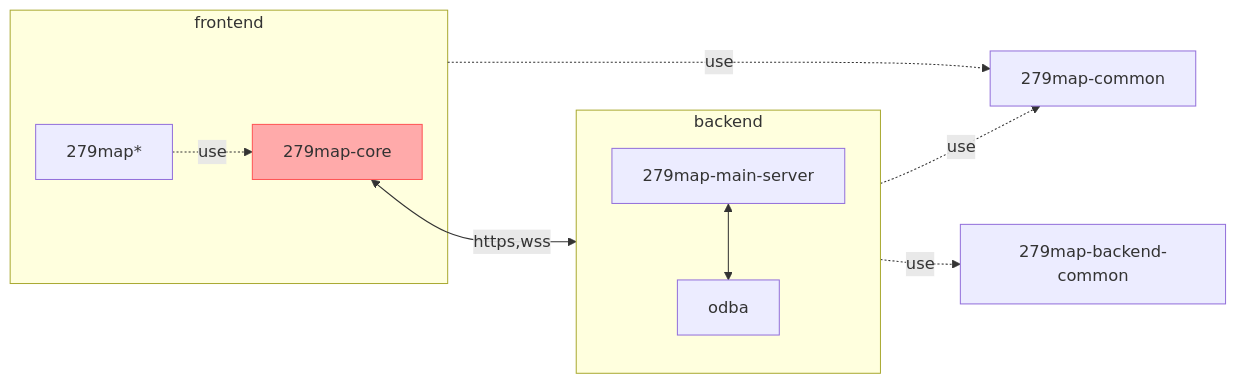
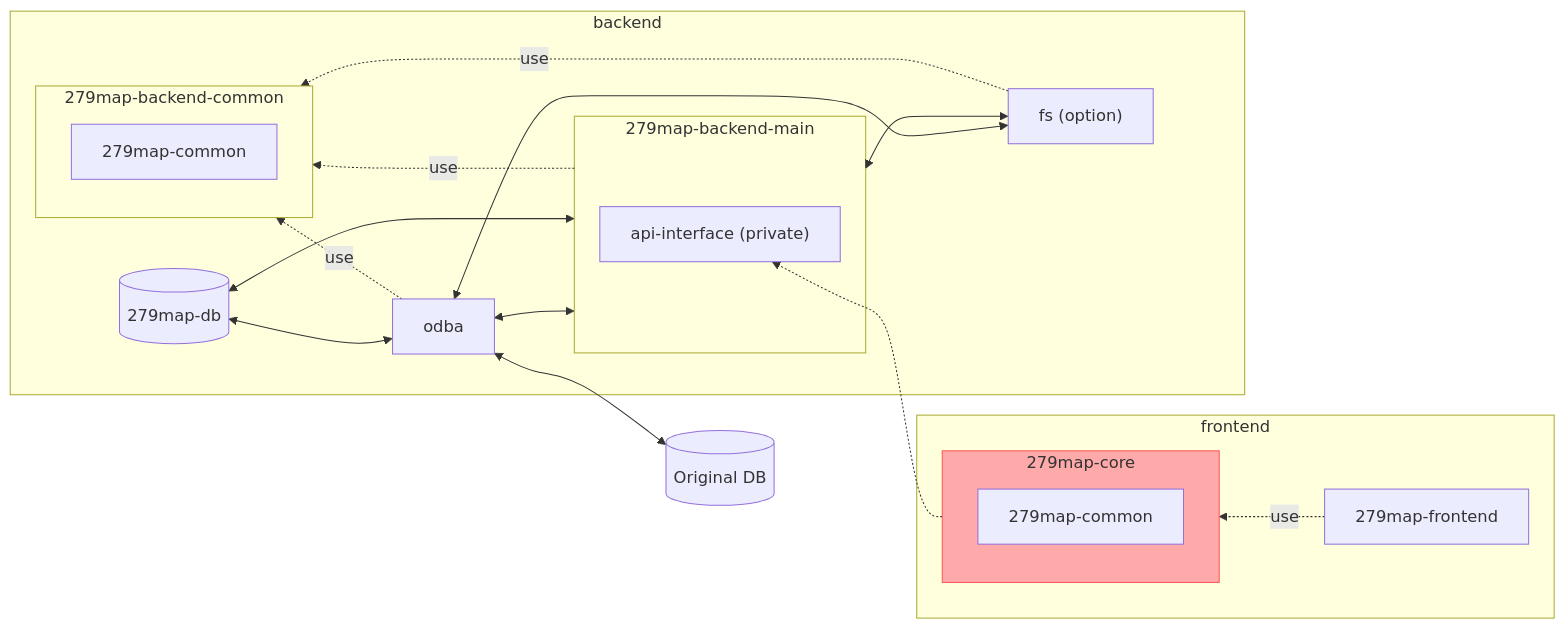
One commit to satocheeen/279map changed the diagram in 279map-core/README.md. Above: the diagram before and after it, drawn with Mermaid. The commit also changed other lines of this file and 6 other files, not shown here.

````diff
--- a/279map-core/README.md
+++ b/279map-core/README.md
@@ -7,17 +6,34 @@
 ```mermaid
-flowchart LR
-	279map-common
+flowchart RL
 	subgraph frontend
-		279map-core
-		279map[279map*] -. use .-> 279map-core
+		subgraph 279map-core
+			279map-common-core["279map-common"]
+		end
+		279map-frontend -. use .-> 279map-core
 	end
+
 	subgraph backend
-		direction TB
-		279map-main-server <--> odba
-    end
-	frontend -. use .-> 279map-common
-	backend -. use .-> 279map-common
-	backend -. use .-> 279map-backend-common
-    279map-core <-- https,wss --> 279map-main-server
-    style 279map-core fill:#faa, stroke:#f55
+		db[("279map-db")]
+
+		subgraph 279map-backend-main
+			api-interface["api-interface (private)"]
+		end
+
+		subgraph 279map-backend-common
+			279map-common-backend["279map-common"]
+		end
+
+		279map-backend-main <--> odba
+		279map-backend-main <--> db
+		odba <--> db
+		fs["fs (option)"] <--> 279map-backend-main
+		fs <--> odba
+		279map-backend-main -. use .-> 279map-backend-common
+		odba -. use .-> 279map-backend-common
+		fs -. use .-> 279map-backend-common
+	end
+	279map-core -.-> api-interface
+	original-db[("Original DB")] <--> odba
+	
+	style 279map-core fill:#faa, stroke:#f55
 ```
````
